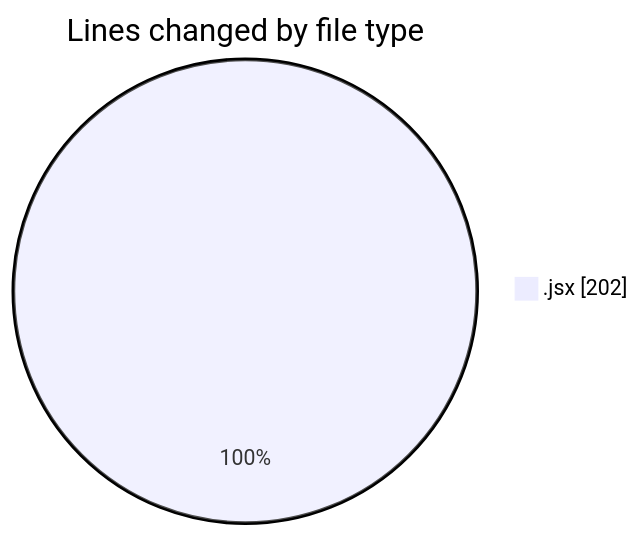
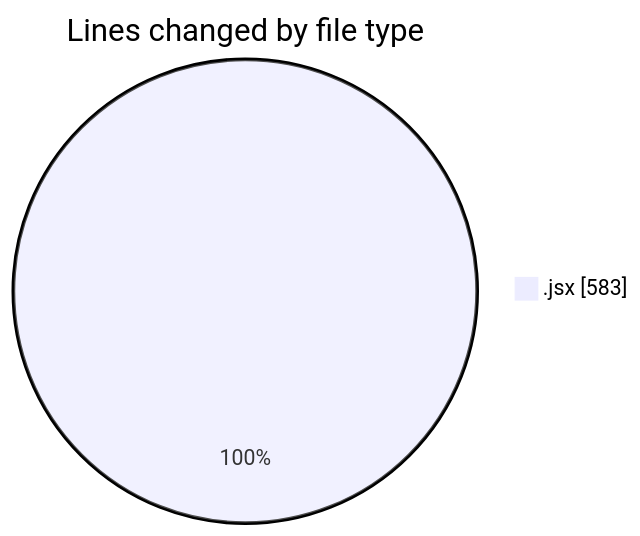
One commit to nxtqubesakshisongat/code-tracking changed the first of 2 diagrams in 2025-07-10/argos/README.md. Above: the diagram before and after it, drawn with Mermaid. The commit also changed other lines of this file and 1 other file, not shown here.

````diff
--- a/2025-07-10/argos/README.md
+++ b/2025-07-10/argos/README.md
@@ -21,5 +22,5 @@
 ```mermaid
 pie showData
 title Lines changed by file type
-".jsx" : 202
+".jsx" : 583
 ```
````
